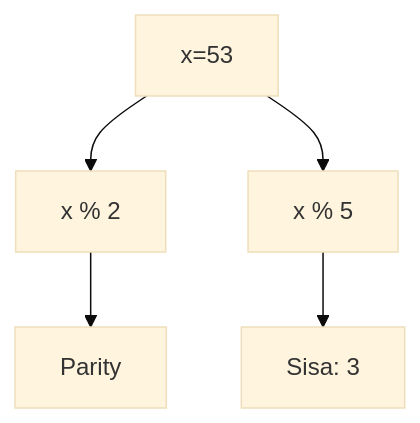
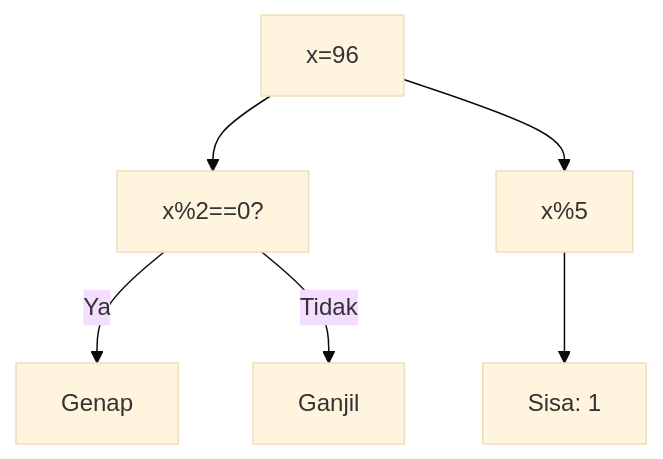
Diagram 19 of 25 in part-c-pemahaman-cpp/01-tipe-data/latihan/set-05.md (amnahwaida/OSNK_INF_PREP), drawn with Mermaid (base theme) before and after one commit. The commit also changed other lines of this file and 71 other files, not shown here.

Commit message:
Fixed Mermaid syntax lexical errors with quoted labels in 1,800 questions

````diff
--- a/part-c-pemahaman-cpp/01-tipe-data/latihan/set-05.md
+++ b/part-c-pemahaman-cpp/01-tipe-data/latihan/set-05.md
@@ -449,7 +596,8 @@
 ```mermaid
 graph TD
-A[x=53] --> B[x % 2]
-B --> C[Parity]
-A --> D[x % 5]
-D --> E[Sisa: 3]
+A["x=96"] --> B["x%2==0?"]
+B -- Ya --> C["Genap"]
+B -- Tidak --> D["Ganjil"]
+A --> E["x%5"]
+E --> F["Sisa: 1"]
 ```
````
